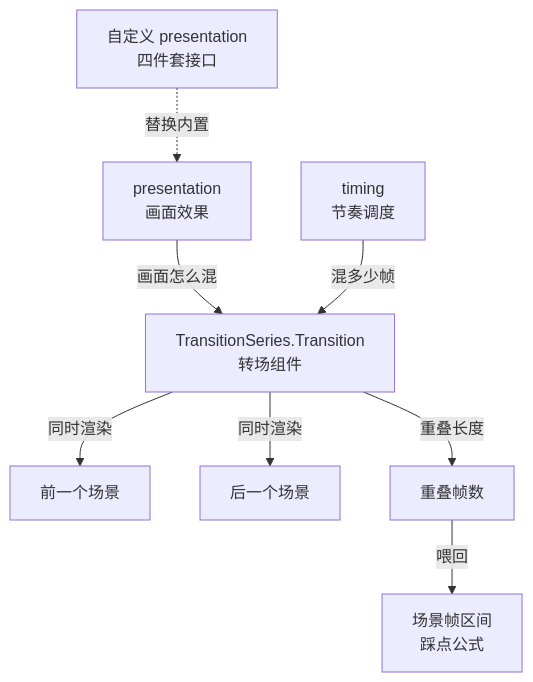
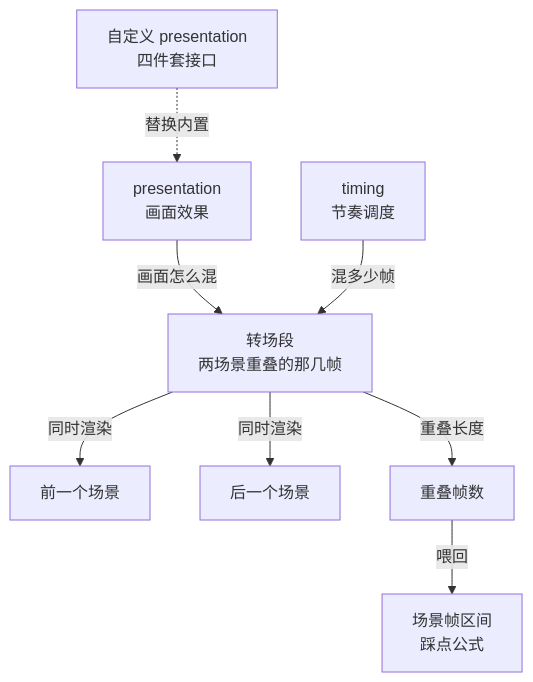
One commit to wangxiangnan/wangxiangnan.github.io changed the diagram in src/remotion/ch08.md. Above: the diagram before and after it, drawn with Mermaid. The commit also changed other lines of this file and 18 other files, not shown here.

````diff
--- a/src/remotion/ch08.md
+++ b/src/remotion/ch08.md
@@ -12,19 +12,19 @@
 ```mermaid
 flowchart TB
     PR["presentation<br>画面效果"]
     TM["timing<br>节奏调度"]
     CU["自定义 presentation<br>四件套接口"]
-    TR["TransitionSeries.Transition<br>转场组件"]
+    TR["转场段<br>两场景重叠的那几帧"]
     S1["前一个场景"]
     S2["后一个场景"]
     OV["重叠帧数"]
     PL["场景帧区间<br>踩点公式"]
 
     PR -->|"画面怎么混"| TR
     TM -->|"混多少帧"| TR
     CU -.->|"替换内置"| PR
     TR -->|"同时渲染"| S1
     TR -->|"同时渲染"| S2
     TR -->|"重叠长度"| OV
     OV -->|"喂回"| PL
 ```
````
